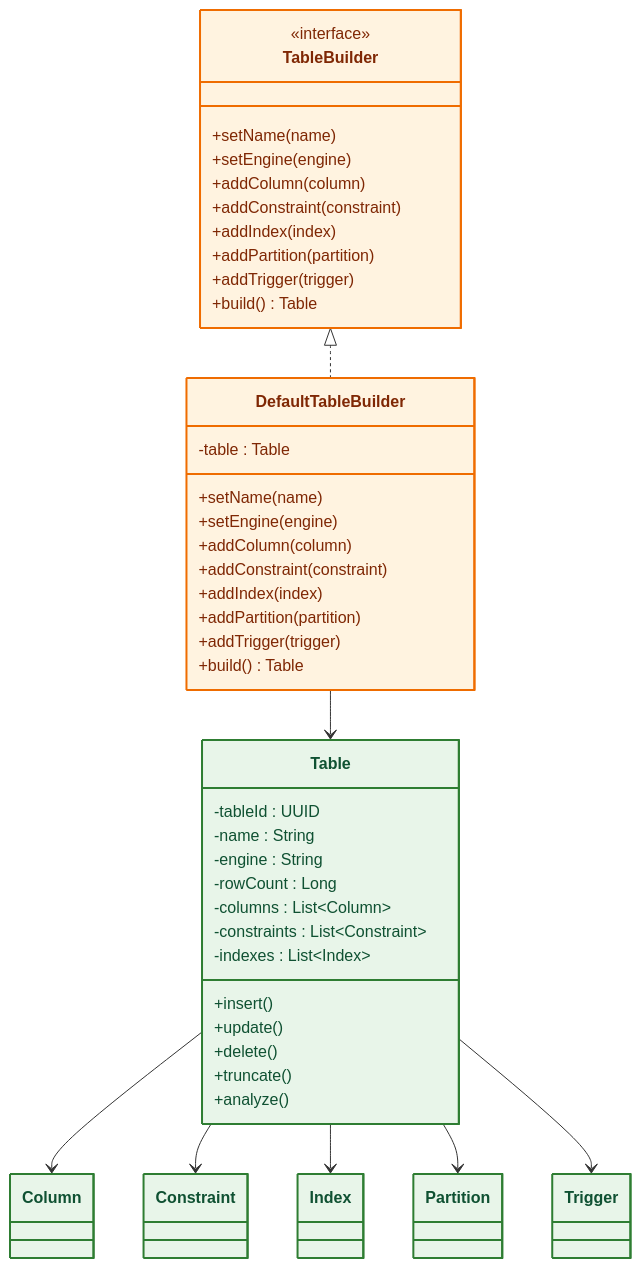
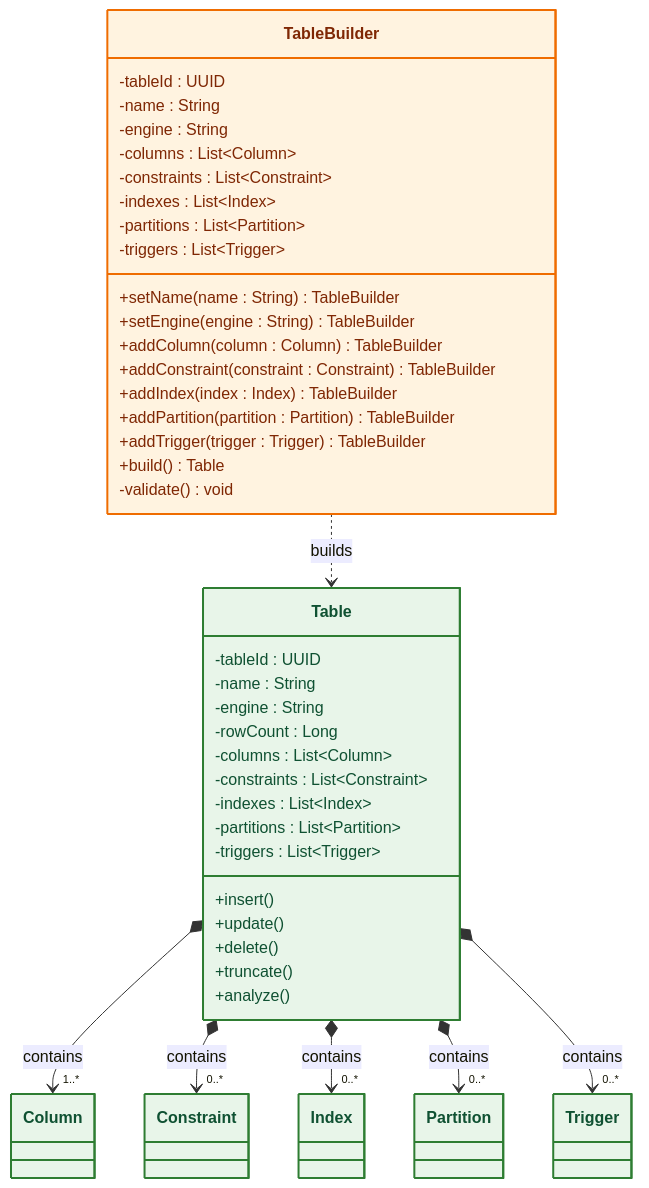
One commit to Huy1801214/dbms-architecture changed the eighth of 23 diagrams in docs/README.md. Above: the diagram before and after it, drawn with Mermaid. The commit also changed other lines of this file and 6 other files, not shown here.

Commit message:
refactor create Table using Builder Pattern

````diff
--- a/docs/README.md
+++ b/docs/README.md
@@ -1612,6 +1599,8 @@
     -columns : List~Column~
     -constraints : List~Constraint~
     -indexes : List~Index~
+    -partitions : List~Partition~
+    -triggers : List~Trigger~
 
     +insert()
     +update()
@@ -1621,41 +1610,34 @@
 }
 
 %% =====================================================
-%% Builder Pattern
+%% Builder Pattern - Simplified Builder
 %% =====================================================
 
 class TableBuilder{
-    <<interface>>
+    -tableId : UUID
+    -name : String
+    -engine : String
 
-    +setName(name)
-    +setEngine(engine)
+    -columns : List~Column~
+    -constraints : List~Constraint~
+    -indexes : List~Index~
+    -partitions : List~Partition~
+    -triggers : List~Trigger~
 
-    +addColumn(column)
-    +addConstraint(constraint)
-    +addIndex(index)
-    +addPartition(partition)
-    +addTrigger(trigger)
+    +setName(name : String) TableBuilder
+    +setEngine(engine : String) TableBuilder
+
+    +addColumn(column : Column) TableBuilder
+    +addConstraint(constraint : Constraint) TableBuilder
+    +addIndex(index : Index) TableBuilder
+    +addPartition(partition : Partition) TableBuilder
+    +addTrigger(trigger : Trigger) TableBuilder
 
     +build() Table
+    -validate() void
 }
 
-class DefaultTableBuilder{
-    -table : Table
-
-    +setName(name)
-    +setEngine(engine)
-
-    +addColumn(column)
-    +addConstraint(constraint)
-    +addIndex(index)
-    +addPartition(partition)
-    +addTrigger(trigger)
-
-    +build() Table
-}
-
-TableBuilder <|.. DefaultTableBuilder
-DefaultTableBuilder --> Table
+TableBuilder ..> Table : builds
 
 %% =====================================================
 %% Components
@@ -1667,17 +1649,18 @@
 class Partition
 class Trigger
 
-Table --> Column
-Table --> Constraint
-Table --> Index
-Table --> Partition
-Table --> Trigger
+Table *--> "1..*" Column : contains
+Table *--> "0..*" Constraint : contains
+Table *--> "0..*" Index : contains
+Table *--> "0..*" Partition : contains
+Table *--> "0..*" Trigger : contains
 
 %% =====================================================
 %% Styling
 %% =====================================================
 
 style Table fill:#e8f5e9,stroke:#2e7d32,stroke-width:2px,color:#0f5132
+
 style Column fill:#e8f5e9,stroke:#2e7d32,stroke-width:2px,color:#0f5132
 style Constraint fill:#e8f5e9,stroke:#2e7d32,stroke-width:2px,color:#0f5132
 style Index fill:#e8f5e9,stroke:#2e7d32,stroke-width:2px,color:#0f5132
@@ -1685,5 +1668,4 @@
 style Trigger fill:#e8f5e9,stroke:#2e7d32,stroke-width:2px,color:#0f5132
 
 style TableBuilder fill:#fff3e0,stroke:#ef6c00,stroke-width:2px,color:#7f2704
-style DefaultTableBuilder fill:#fff3e0,stroke:#ef6c00,stroke-width:2px,color:#7f2704
 ```
````
